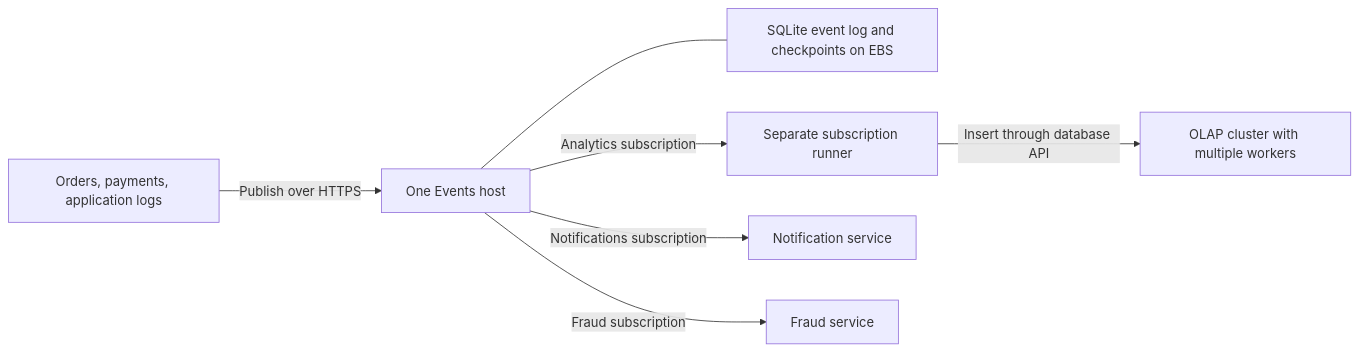
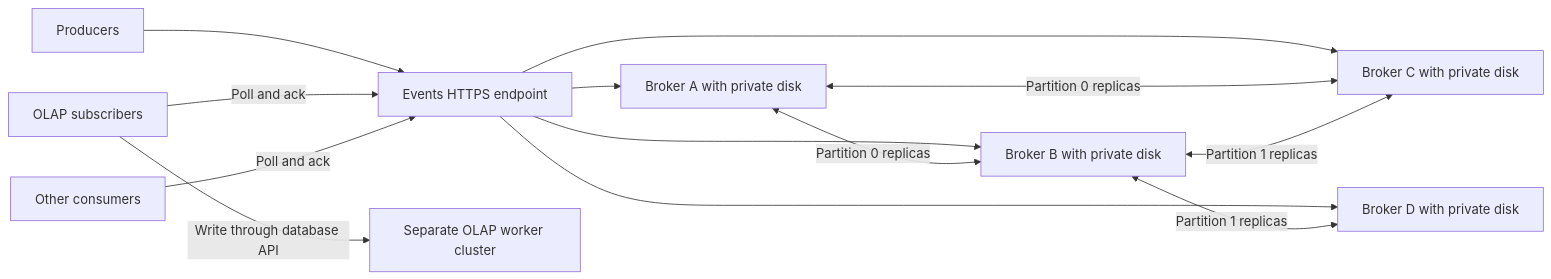
The diagram in plans/events.md (nabedra/database), drawn with Mermaid before and after one commit. The commit also changed other lines of this file, not shown here.

Commit message:
[docs] design multi-node Events broker cluster

````diff
--- a/plans/events.md
+++ b/plans/events.md
@@ -102,9 +22,15 @@
 ```mermaid
 flowchart LR
-    P[Orders, payments, application logs] -->|Publish over HTTPS| E[One Events host]
-    E --- V[SQLite event log and checkpoints on EBS]
-    E -->|Analytics subscription| S[Separate subscription runner]
-    S -->|Insert through database API| D[OLAP cluster with multiple workers]
-    E -->|Notifications subscription| N[Notification service]
-    E -->|Fraud subscription| F[Fraud service]
+    P[Producers] --> H[Events HTTPS endpoint]
+    H --> A[Broker A with private disk]
+    H --> B[Broker B with private disk]
+    H --> C[Broker C with private disk]
+    H --> D[Broker D with private disk]
+    A <-->|Partition 0 replicas| B
+    A <-->|Partition 0 replicas| C
+    B <-->|Partition 1 replicas| C
+    B <-->|Partition 1 replicas| D
+    S[OLAP subscribers] -->|Poll and ack| H
+    N[Other consumers] -->|Poll and ack| H
+    S -->|Write through database API| O[Separate OLAP worker cluster]
 ```
````
